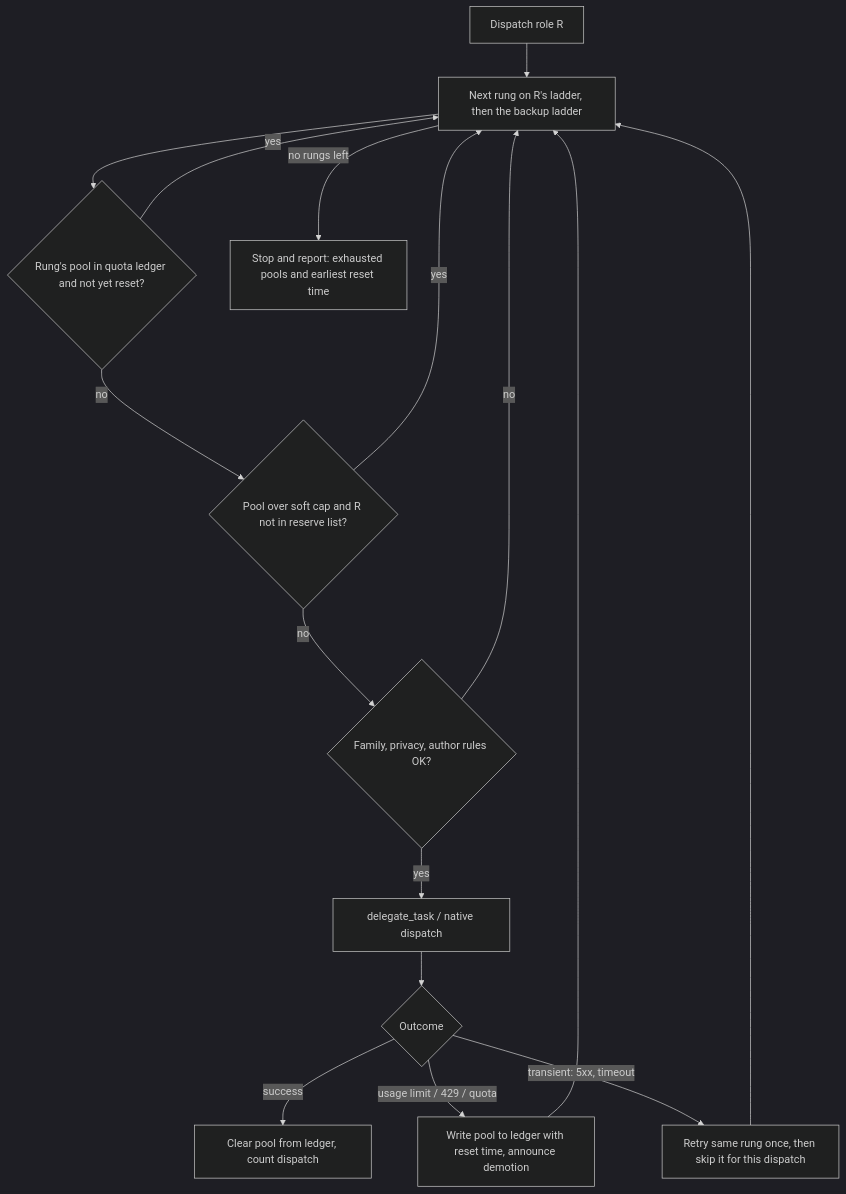
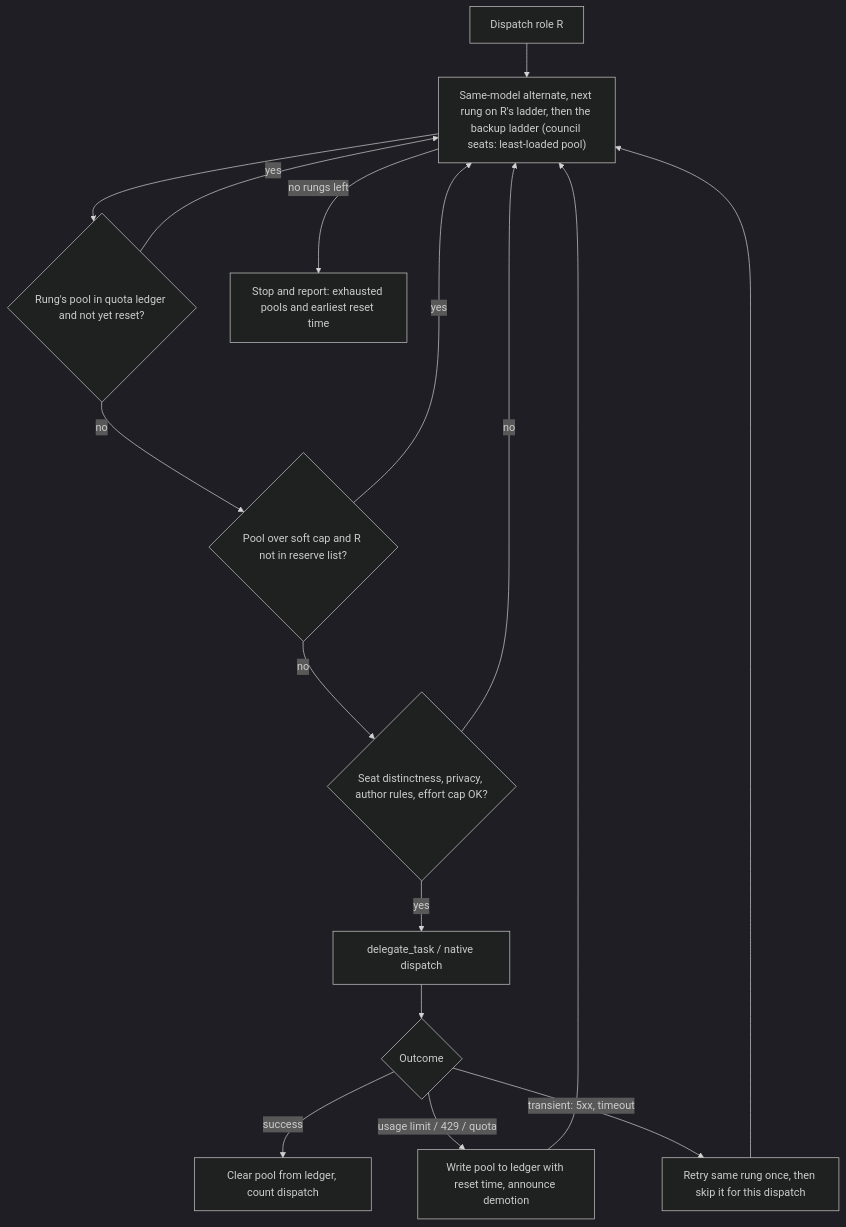
One commit to DennisLoska/skills changed the third of 3 diagrams in README.md. Above: the diagram before and after it, drawn with Mermaid (dark theme). The commit also changed other lines of this file and 22 other files, not shown here.

````diff
--- a/README.md
+++ b/README.md
@@ -345,16 +370,16 @@
 ```mermaid
 flowchart TD
-    D["Dispatch role R"] --> W["Next rung on R's ladder, then the backup ladder"]
+    D["Dispatch role R"] --> W["Same-model alternate, next rung on R's ladder, then the backup ladder (council seats: least-loaded pool)"]
     W --> L{"Rung's pool in quota ledger and not yet reset?"}
     L -- yes --> W
     L -- no --> C{"Pool over soft cap and R not in reserve list?"}
     C -- yes --> W
-    C -- no --> G{"Family, privacy, author rules OK?"}
+    C -- no --> G{"Seat distinctness, privacy, author rules, effort cap OK?"}
     G -- no --> W
     G -- yes --> X["delegate_task / native dispatch"]
     X --> O{"Outcome"}
     O -- success --> S["Clear pool from ledger, count dispatch"]
     O -- "usage limit / 429 / quota" --> Q["Write pool to ledger with reset time, announce demotion"] --> W
     O -- "transient: 5xx, timeout" --> T["Retry same rung once, then skip it for this dispatch"] --> W
     W -- "no rungs left" --> STOP["Stop and report: exhausted pools and earliest reset time"]
 ```
````
